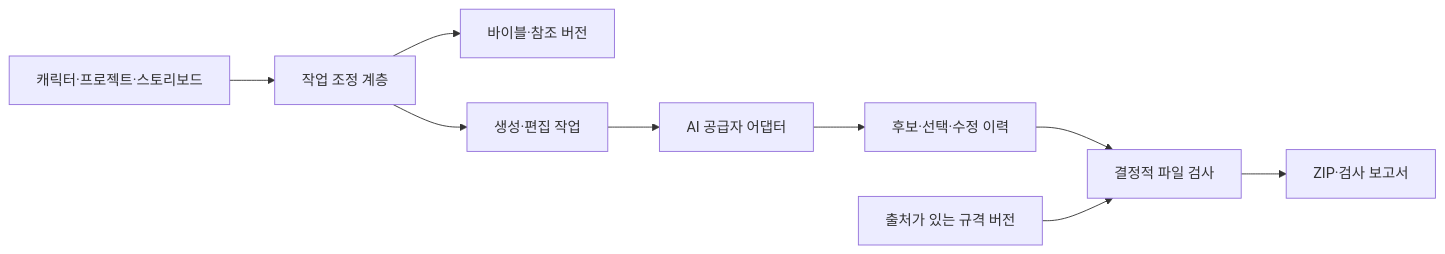
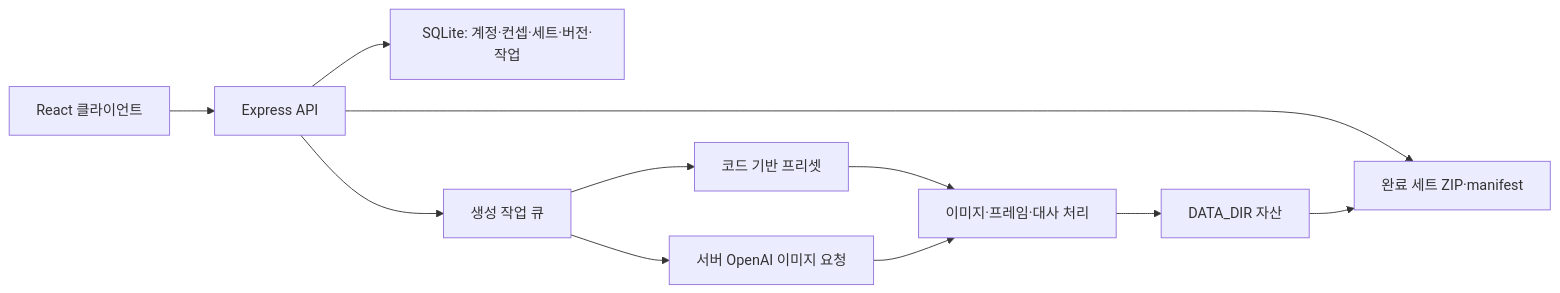
Before and after one commit to taejun9/EmotiStudio: the diagram in docs/architecture/system.md, drawn with Mermaid. The commit also changed other lines of this file and 102 other files, not shown here.

````diff
--- a/docs/architecture/system.md
+++ b/docs/architecture/system.md
@@ -9,11 +7,13 @@
 ```mermaid
 flowchart LR
-    UI[캐릭터·프로젝트·스토리보드] --> App[작업 조정 계층]
-    App --> Bible[바이블·참조 버전]
-    App --> Jobs[생성·편집 작업]
-    Jobs --> Provider[AI 공급자 어댑터]
-    Provider --> Variants[후보·선택·수정 이력]
-    Variants --> Validator[결정적 파일 검사]
-    Preset[출처가 있는 규격 버전] --> Validator
-    Validator --> Export[ZIP·검사 보고서]
+    UI[React 클라이언트] --> API[Express API]
+    API --> Store[SQLite: 계정·컨셉·세트·버전·작업]
+    API --> Jobs[생성 작업 큐]
+    Jobs --> Sample[코드 기반 프리셋]
+    Jobs --> OpenAI[서버 OpenAI 이미지 요청]
+    Sample --> Media[이미지·프레임·대사 처리]
+    OpenAI --> Media
+    Media --> Files[DATA_DIR 자산]
+    API --> Export[완료 세트 ZIP·manifest]
+    Files --> Export
 ```
````
